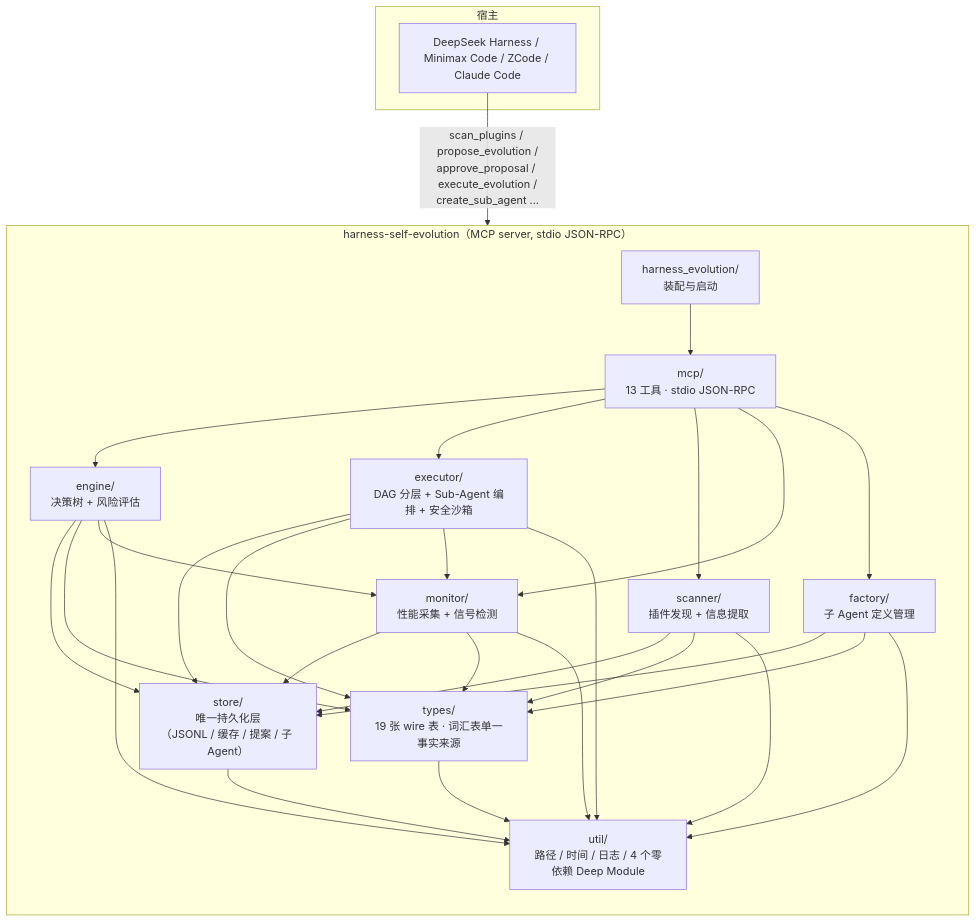
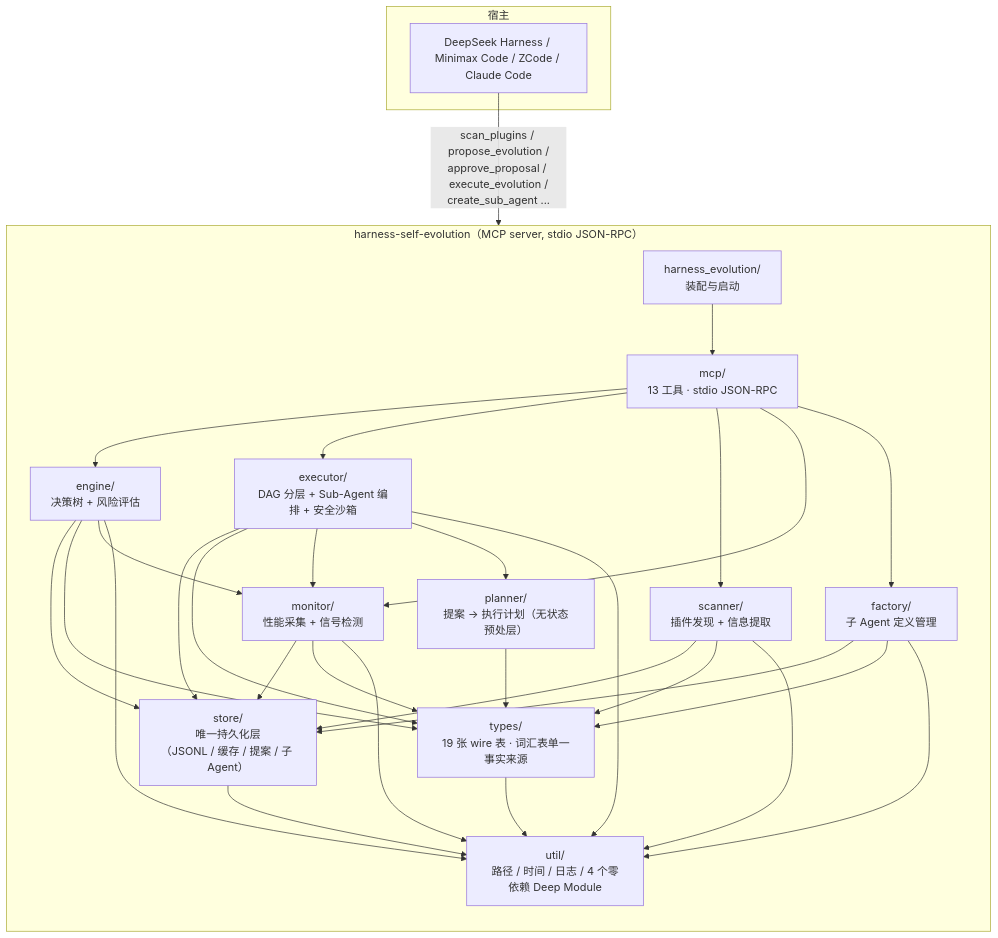
The first of 2 diagrams in README.md (Across2005/harness-self-evolution-plugin), drawn with Mermaid before and after one commit. The commit also changed other lines of this file and 12 other files, not shown here.

````diff
--- a/README.md
+++ b/README.md
@@ -96,47 +96,50 @@
 ```mermaid
 flowchart TB
     subgraph 宿主
         Client["DeepSeek Harness / Minimax Code / ZCode / Claude Code"]
     end
     
     subgraph "harness-self-evolution（MCP server, stdio JSON-RPC）"
         direction TB
         HE["harness_evolution/<br/>装配与启动"]
         MCP["mcp/<br/>13 工具 · stdio JSON-RPC"]
         ENG["engine/<br/>决策树 + 风险评估"]
         EXE["executor/<br/>DAG 分层 + Sub-Agent 编排 + 安全沙箱"]
         FAC["factory/<br/>子 Agent 定义管理"]
         SCN["scanner/<br/>插件发现 + 信息提取"]
         MON["monitor/<br/>性能采集 + 信号检测"]
+        PLN["planner/<br/>提案 → 执行计划（无状态预处层）"]
         ST["store/<br/>唯一持久化层<br/>（JSONL / 缓存 / 提案 / 子 Agent）"]
         TY["types/<br/>19 张 wire 表 · 词汇表单一事实来源"]
         UT["util/<br/>路径 / 时间 / 日志 / 4 个零依赖 Deep Module"]
     end
     
     Client -- "scan_plugins / propose_evolution /<br/>approve_proposal / execute_evolution /<br/>create_sub_agent ..." --> MCP
     HE --> MCP
     MCP --> ENG
     MCP --> EXE
     MCP --> SCN
     MCP --> MON
     MCP --> FAC
     ENG --> ST
     EXE --> ST
     FAC --> ST
     SCN --> ST
     MON --> ST
     SCN --> TY
     ENG --> TY
     EXE --> TY
     FAC --> TY
     MON --> TY
     ENG --> MON
     EXE --> MON
+    EXE --> PLN
+    PLN --> TY
     ST --> UT
     TY --> UT
     ENG --> UT
     EXE --> UT
     FAC --> UT
     SCN --> UT
     MON --> UT
 ```
````
